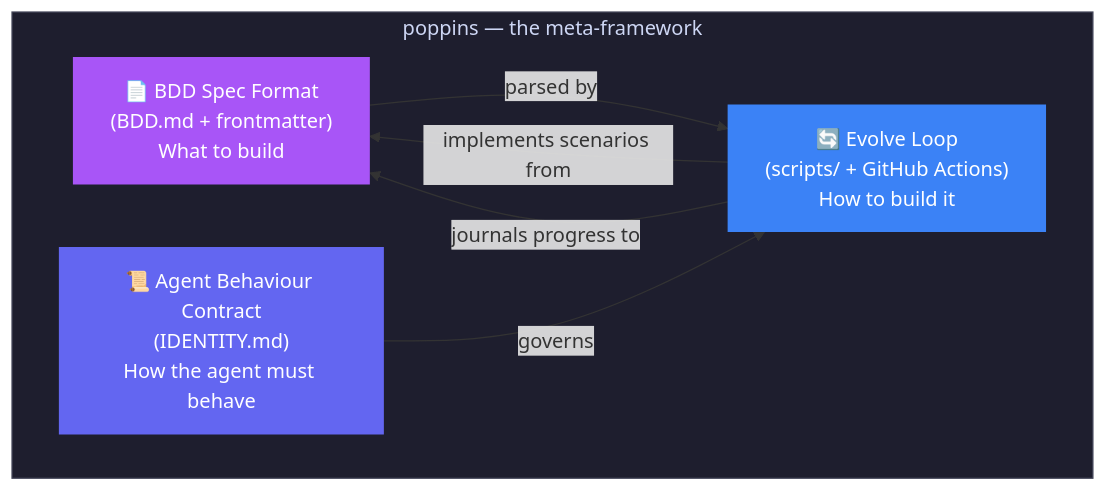
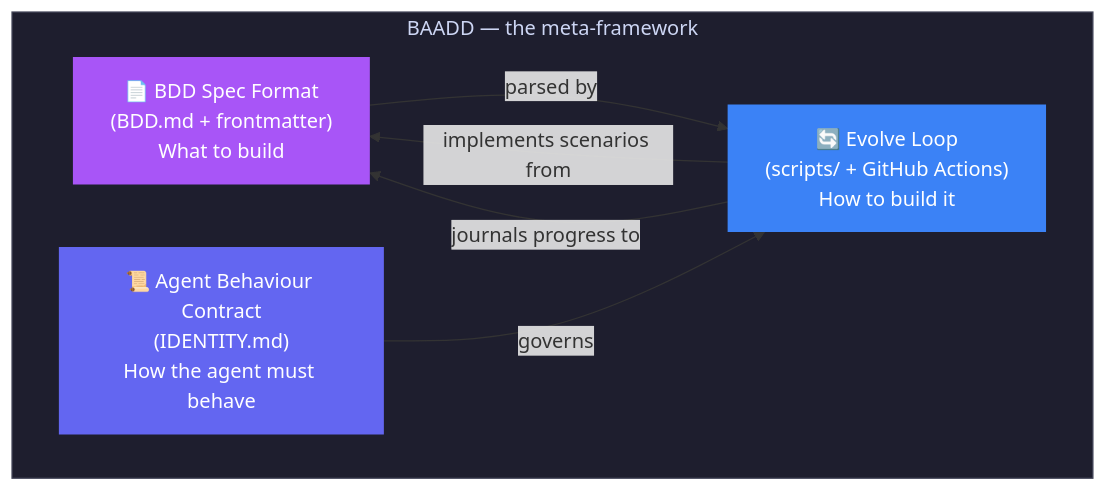
One commit to dweng0/POPPINS changed the first of 2 diagrams in README.md. Above: the diagram before and after it, drawn with Mermaid. The commit also changed other lines of this file and 3 other files, not shown here.

````diff
--- a/README.md
+++ b/README.md
@@ -34,18 +47,18 @@
 ```mermaid
 graph TD
-    subgraph BAADD["poppins — the meta-framework"]
+    subgraph BAADD["BAADD — the meta-framework"]
         BDD["📄 BDD Spec Format\n(BDD.md + frontmatter)\nWhat to build"]
         LOOP["🔄 Evolve Loop\n(scripts/ + GitHub Actions)\nHow to build it"]
         CONTRACT["📜 Agent Behaviour Contract\n(IDENTITY.md)\nHow the agent must behave"]
     end
 
     BDD -->|"parsed by"| LOOP
     CONTRACT -->|"governs"| LOOP
     LOOP -->|"implements scenarios from"| BDD
     LOOP -->|"journals progress to"| BDD
 
     style BDD fill:#a855f7,color:#fff,stroke:none
     style LOOP fill:#3b82f6,color:#fff,stroke:none
     style CONTRACT fill:#6366f1,color:#fff,stroke:none
     style BAADD fill:#1e1e2e,color:#cdd6f4,stroke:#45475a
 ```
````
